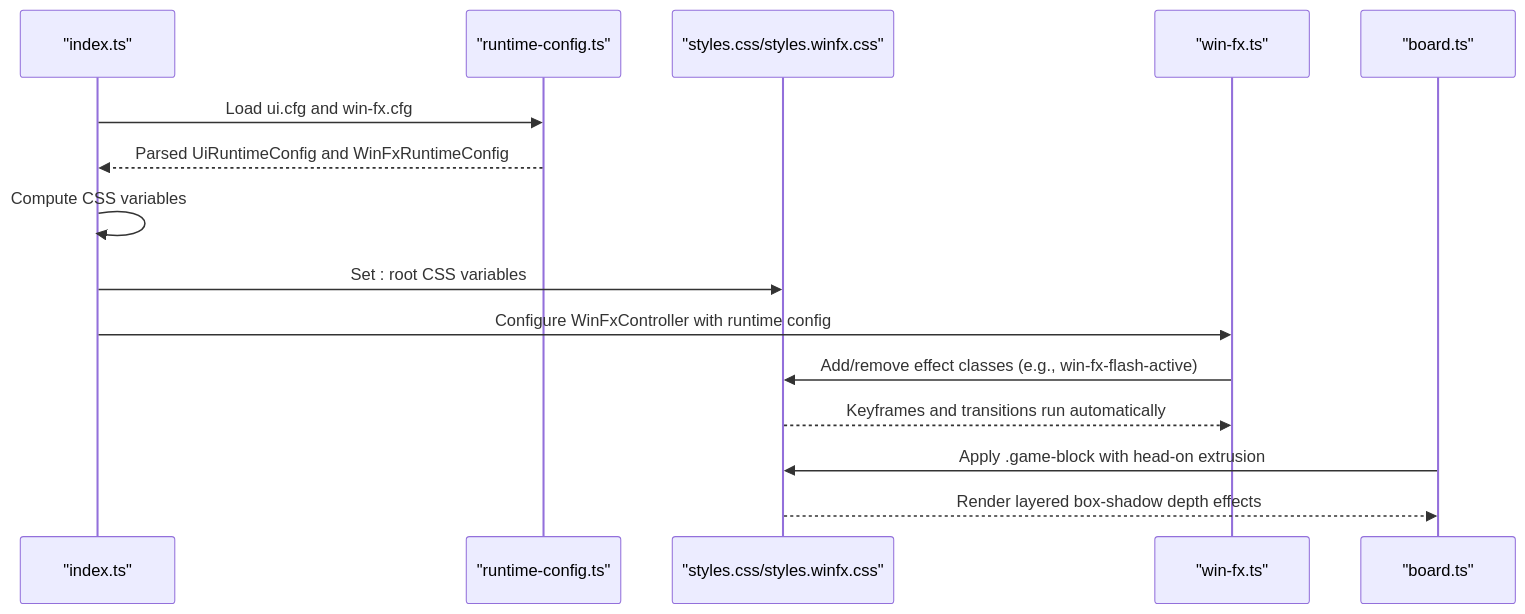
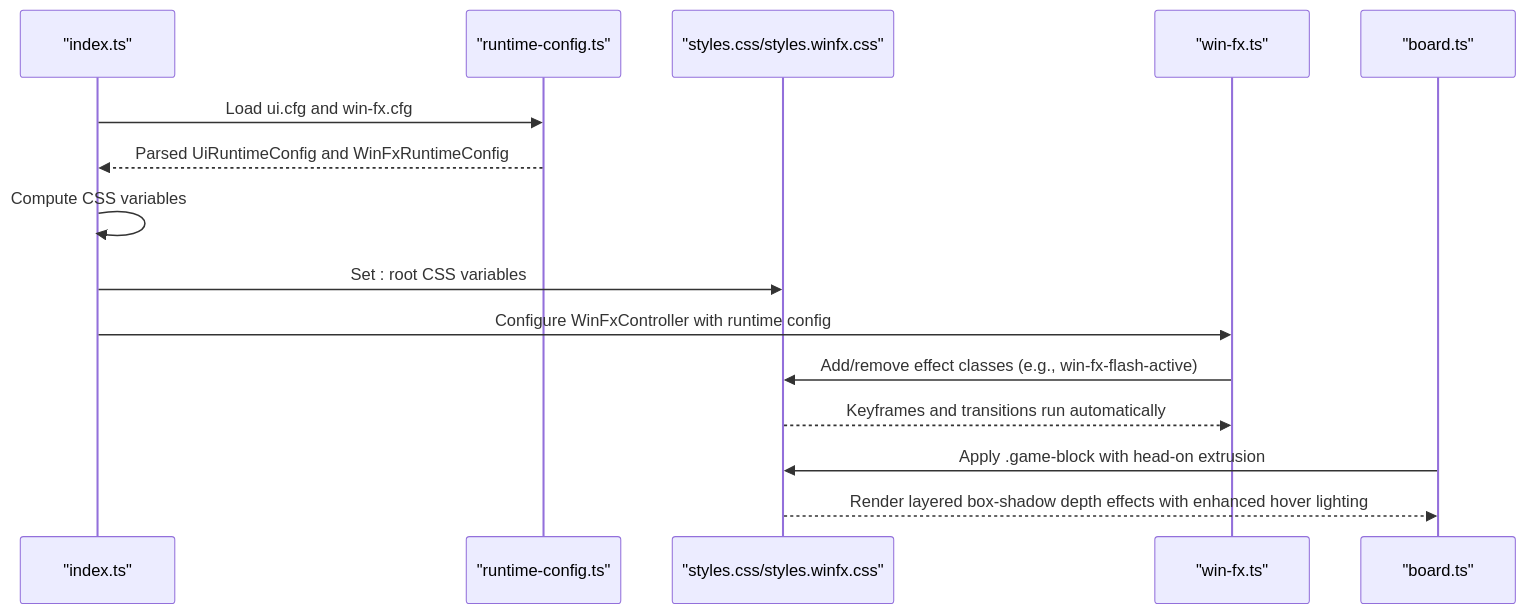
Before and after one commit to satyrlord/mb: the second of 4 diagrams in .qoder/repowiki/en/content/Visual Effects System/CSS Styling and Animation Framework.md, drawn with Mermaid. The commit also changed other lines of this file and 11 other files, not shown here.

````diff
--- a/.qoder/repowiki/en/content/Visual Effects System/CSS Styling and Animation Framework.md
+++ b/.qoder/repowiki/en/content/Visual Effects System/CSS Styling and Animation Framework.md
@@ -135,17 +139,17 @@
 ```mermaid
 sequenceDiagram
 participant Boot as "index.ts"
 participant RC as "runtime-config.ts"
 participant CSS as "styles.css/styles.winfx.css"
 participant FX as "win-fx.ts"
 participant Board as "board.ts"
 Boot->>RC : Load ui.cfg and win-fx.cfg
 RC-->>Boot : Parsed UiRuntimeConfig and WinFxRuntimeConfig
 Boot->>Boot : Compute CSS variables
 Boot->>CSS : Set : root CSS variables
 Boot->>FX : Configure WinFxController with runtime config
 FX->>CSS : Add/remove effect classes (e.g., win-fx-flash-active)
 CSS-->>FX : Keyframes and transitions run automatically
 Board->>CSS : Apply .game-block with head-on extrusion
-CSS-->>Board : Render layered box-shadow depth effects
+CSS-->>Board : Render layered box-shadow depth effects with enhanced hover lighting
 ```
````
